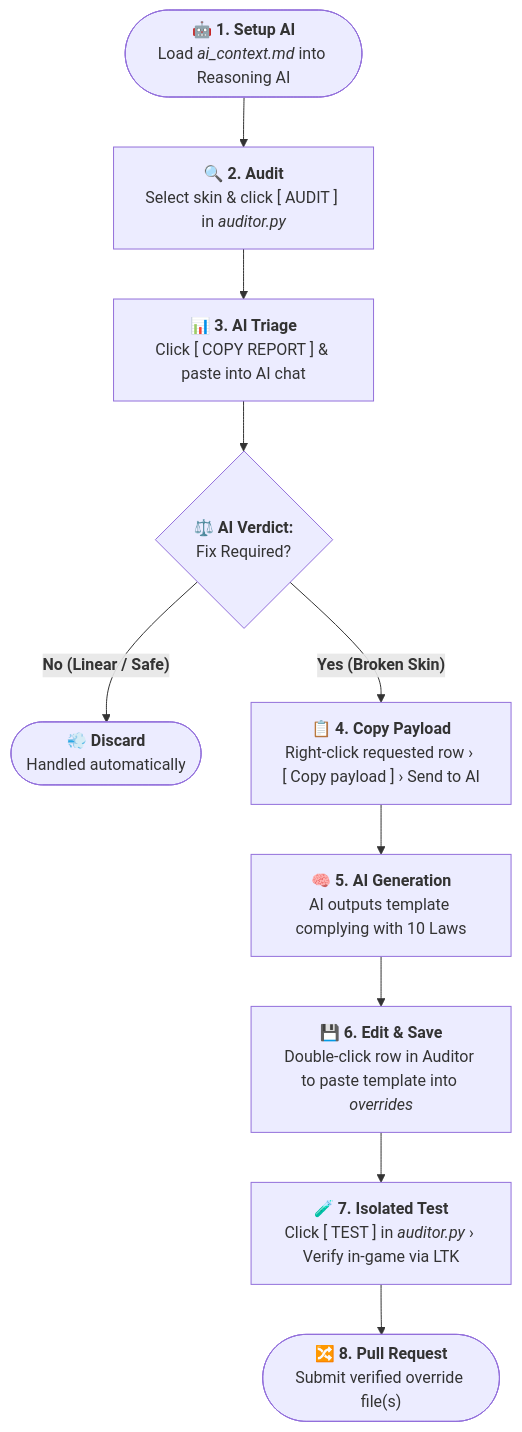
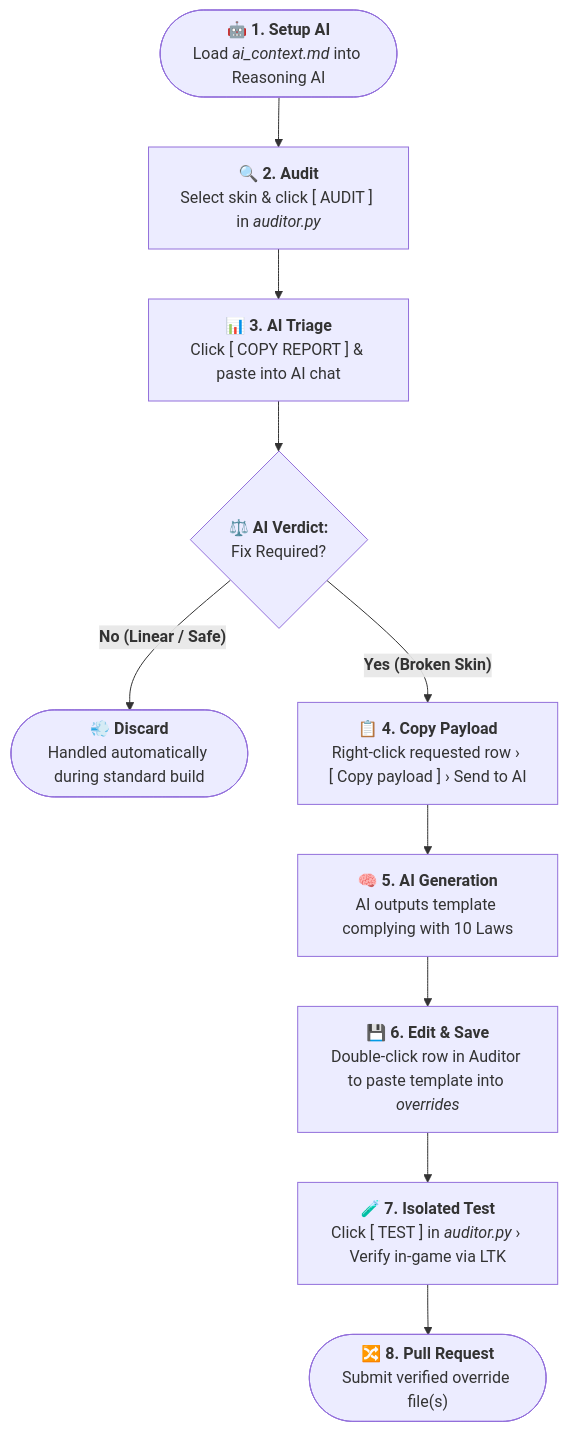
The diagram in CONTRIBUTING.md (gsmeven/vanilla-true-builder), drawn with Mermaid before and after one commit. The commit also changed 1 other file, not shown here.

Commit message:
release: v1.8.3

````diff
--- a/CONTRIBUTING.md
+++ b/CONTRIBUTING.md
@@ -23,12 +23,12 @@
 ```mermaid
 flowchart TD
     A(["<b>🤖 1. Setup AI</b>\nLoad <i>ai_context.md</i> into Reasoning AI"]) --> B["<b>🔍 2. Audit</b>\nSelect skin & click [ AUDIT ] in <i>auditor.py</i>"]
     B --> C["<b>📊 3. AI Triage</b>\nClick [ COPY REPORT ] & paste into AI chat"]
     C --> D{"<b>⚖️ AI Verdict:</b>\nFix Required?"}
-    D -- "<b>No (Linear / Safe)</b>" --> E(["<b>💨 Discard</b>\nHandled automatically"])
+    D -- "<b>No (Linear / Safe)</b>" --> E(["<b>💨 Discard</b>\nHandled automatically during standard build"])
     D -- "<b>Yes (Broken Skin)</b>" --> F["<b>📋 4. Copy Payload</b>\nRight-click requested row › [ Copy payload ] › Send to AI"]
     F --> G["<b>🧠 5. AI Generation</b>\nAI outputs template complying with 10 Laws"]
     G --> H["<b>💾 6. Edit & Save</b>\nDouble-click row in Auditor to paste template into <i>overrides</i>"]
     H --> I["<b>🧪 7. Isolated Test</b>\nClick [ TEST ] in <i>auditor.py</i> › Verify in-game via LTK"]
     I --> J(["<b>🔀 8. Pull Request</b>\nSubmit verified override file(s)"])
 ```
````
